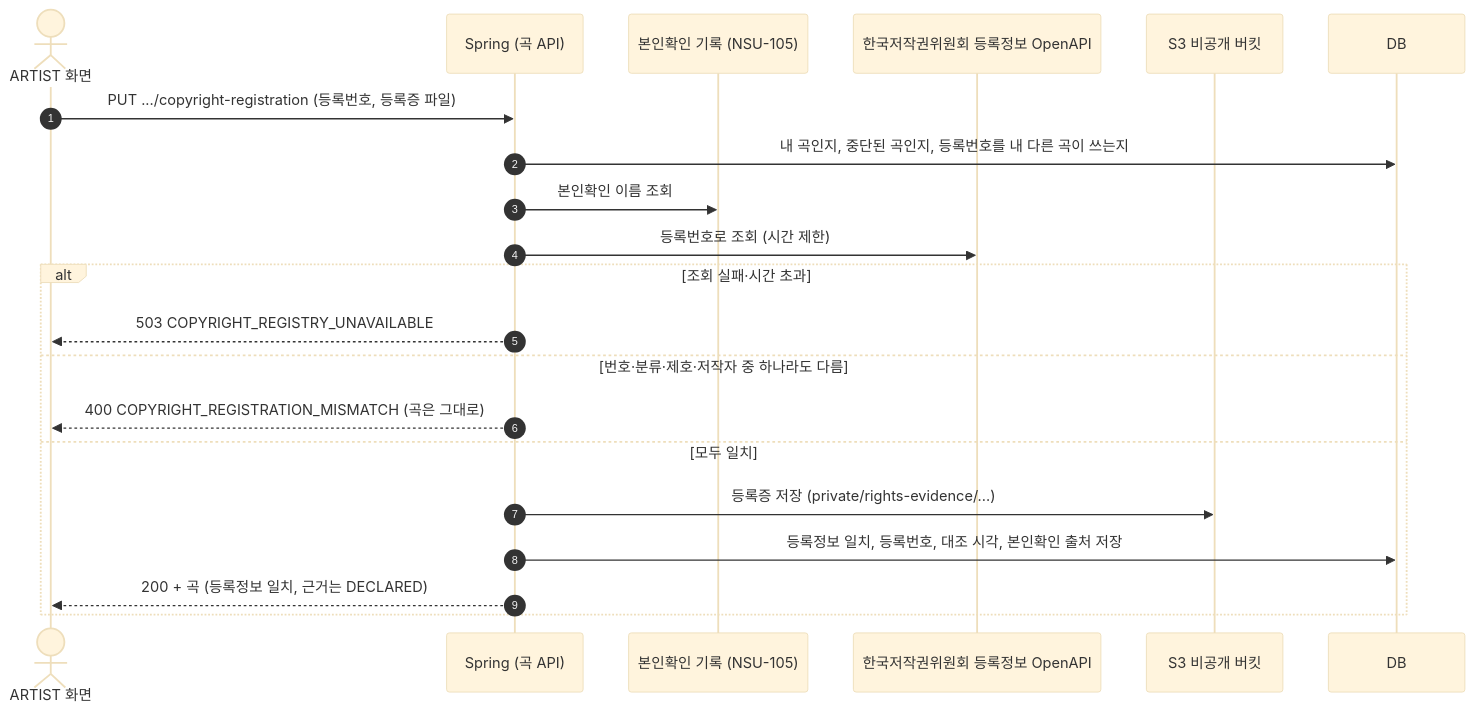
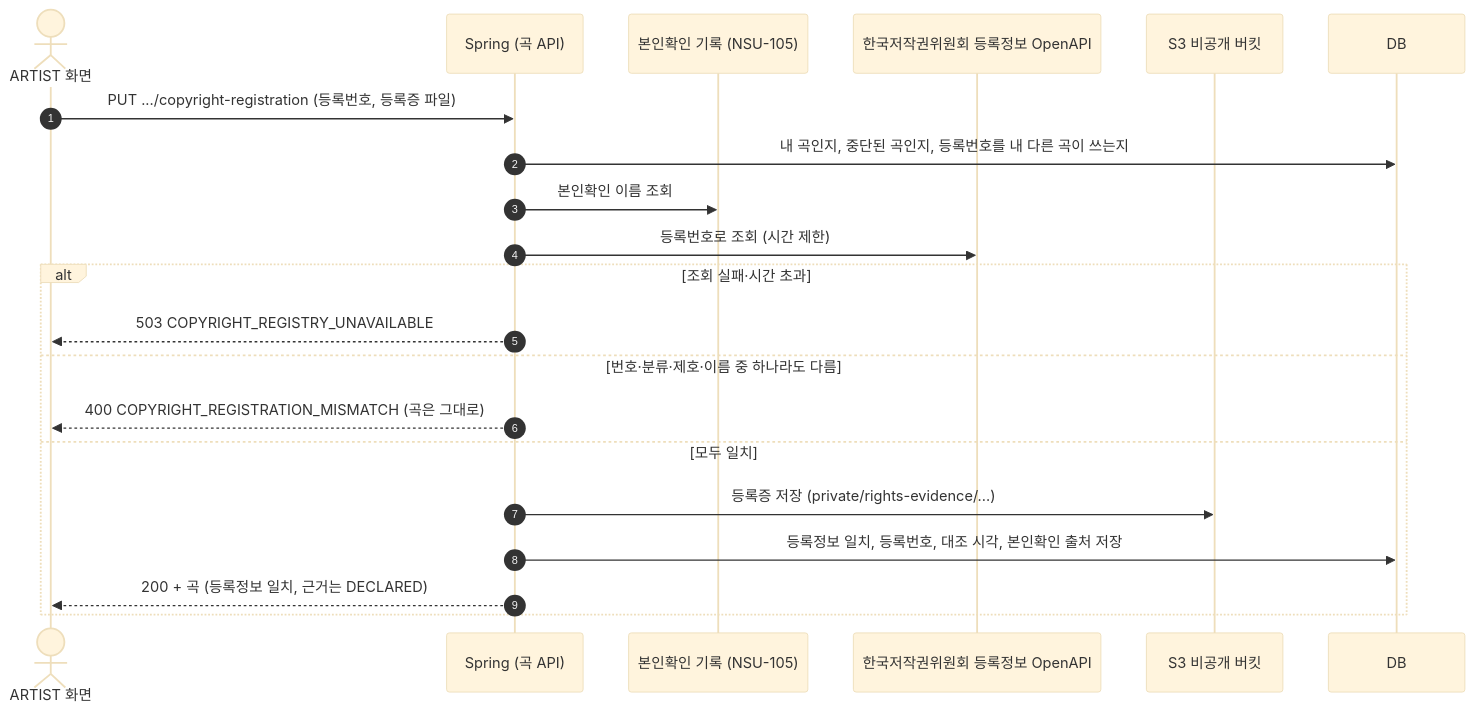
Before and after one commit to nsuCapstoneTeam/NSU_CAPSTONE: the second of 2 diagrams in docs/api/04_music.md, drawn with Mermaid (base theme). The commit also changed other lines of this file and 4 other files, not shown here.

````diff
--- a/docs/api/04_music.md
+++ b/docs/api/04_music.md
@@ -213,24 +216,24 @@
 ```mermaid
 sequenceDiagram
     autonumber
     actor A as ARTIST 화면
     participant S as Spring (곡 API)
     participant I as 본인확인 기록 (NSU-105)
     participant R as 한국저작권위원회 등록정보 OpenAPI
     participant B as S3 비공개 버킷
     participant D as DB
 
     A->>S: PUT .../copyright-registration (등록번호, 등록증 파일)
     S->>D: 내 곡인지, 중단된 곡인지, 등록번호를 내 다른 곡이 쓰는지
     S->>I: 본인확인 이름 조회
     S->>R: 등록번호로 조회 (시간 제한)
     alt 조회 실패·시간 초과
         S-->>A: 503 COPYRIGHT_REGISTRY_UNAVAILABLE
-    else 번호·분류·제호·저작자 중 하나라도 다름
+    else 번호·분류·제호·이름 중 하나라도 다름
         S-->>A: 400 COPYRIGHT_REGISTRATION_MISMATCH (곡은 그대로)
     else 모두 일치
         S->>B: 등록증 저장 (private/rights-evidence/...)
         S->>D: 등록정보 일치, 등록번호, 대조 시각, 본인확인 출처 저장
         S-->>A: 200 + 곡 (등록정보 일치, 근거는 DECLARED)
     end
 ```
````
